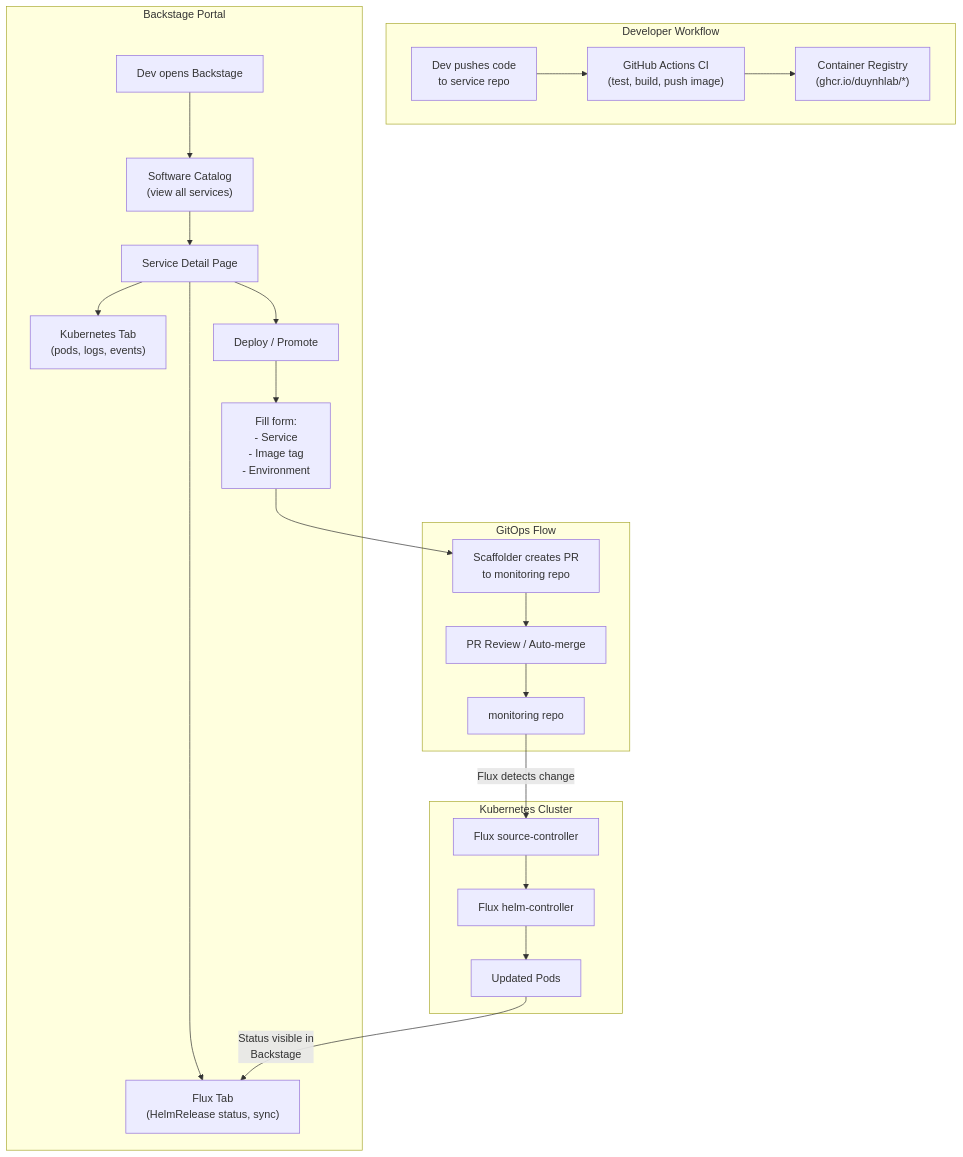
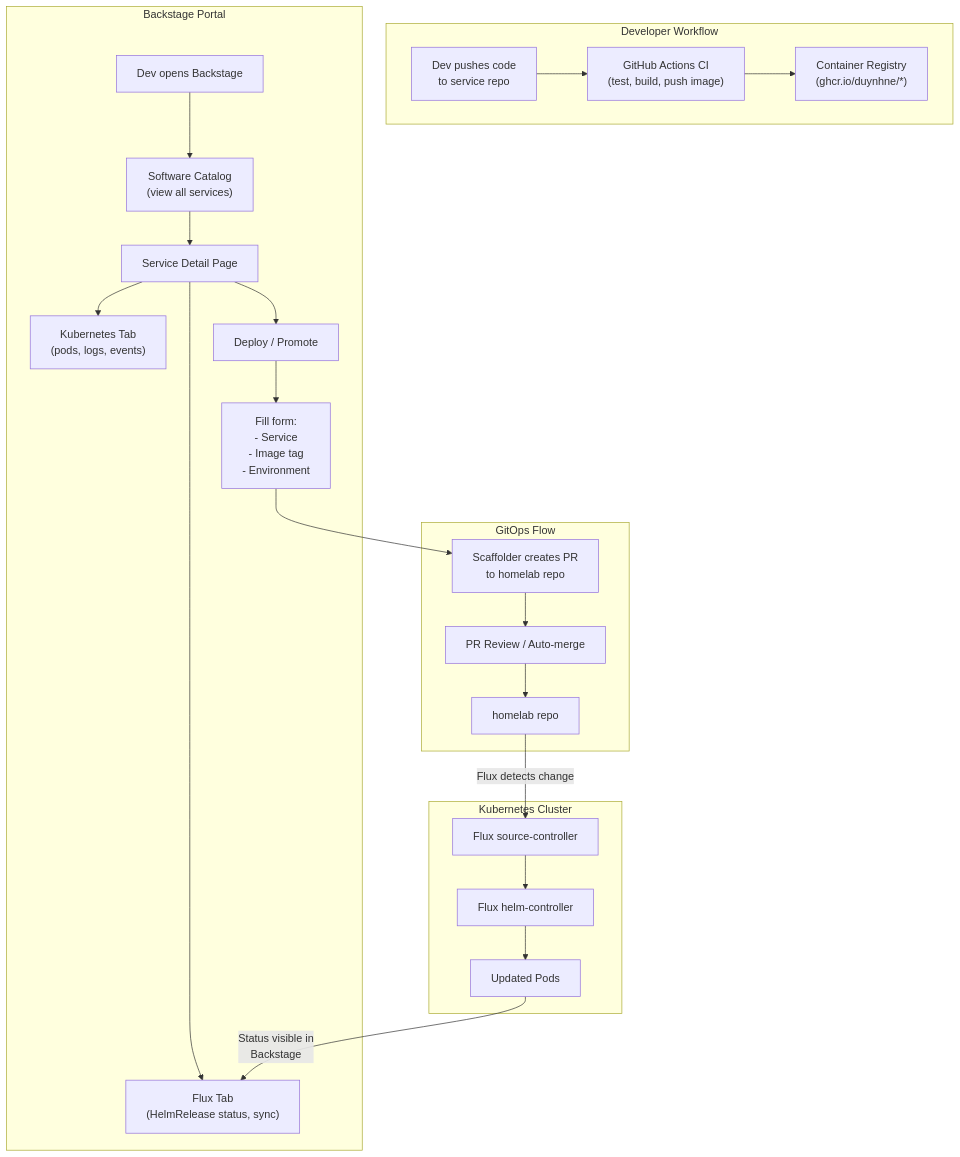
The first of 3 diagrams in docs/flux-integration.md (duynhlab/backstage), drawn with Mermaid before and after one commit. The commit also changed other lines of this file and 2 other files, not shown here.

First line of the commit message:
docs: update all references from monitoring to homelab

````diff
--- a/docs/flux-integration.md
+++ b/docs/flux-integration.md
@@ -7,40 +7,40 @@
 ```mermaid
 flowchart TD
     subgraph devWorkflow ["Developer Workflow"]
         DevPush["Dev pushes code\nto service repo"]
         CI["GitHub Actions CI\n(test, build, push image)"]
-        Registry["Container Registry\n(ghcr.io/duynhlab/*)"]
+        Registry["Container Registry\n(ghcr.io/duynhne/*)"]
         DevPush --> CI --> Registry
     end
 
     subgraph backstagePortal ["Backstage Portal"]
         Login["Dev opens Backstage"]
         Catalog["Software Catalog\n(view all services)"]
         EntityPage["Service Detail Page"]
         FluxTab["Flux Tab\n(HelmRelease status, sync)"]
         K8sTab["Kubernetes Tab\n(pods, logs, events)"]
         DeployBtn["Deploy / Promote"]
         ScaffolderForm["Fill form:\n- Service\n- Image tag\n- Environment"]
         Login --> Catalog --> EntityPage
         EntityPage --> FluxTab
         EntityPage --> K8sTab
         EntityPage --> DeployBtn --> ScaffolderForm
     end
 
     subgraph gitopsFlow ["GitOps Flow"]
-        PR["Scaffolder creates PR\nto monitoring repo"]
+        PR["Scaffolder creates PR\nto homelab repo"]
         Review["PR Review / Auto-merge"]
-        GitRepo["monitoring repo"]
+        GitRepo["homelab repo"]
         ScaffolderForm --> PR --> Review --> GitRepo
     end
 
     subgraph k8sCluster ["Kubernetes Cluster"]
         FluxSrc["Flux source-controller"]
         FluxHelm["Flux helm-controller"]
         Pods["Updated Pods"]
         GitRepo -->|"Flux detects change"| FluxSrc
         FluxSrc --> FluxHelm --> Pods
     end
 
     Pods -->|"Status visible in\nBackstage"| FluxTab
 ```
````
